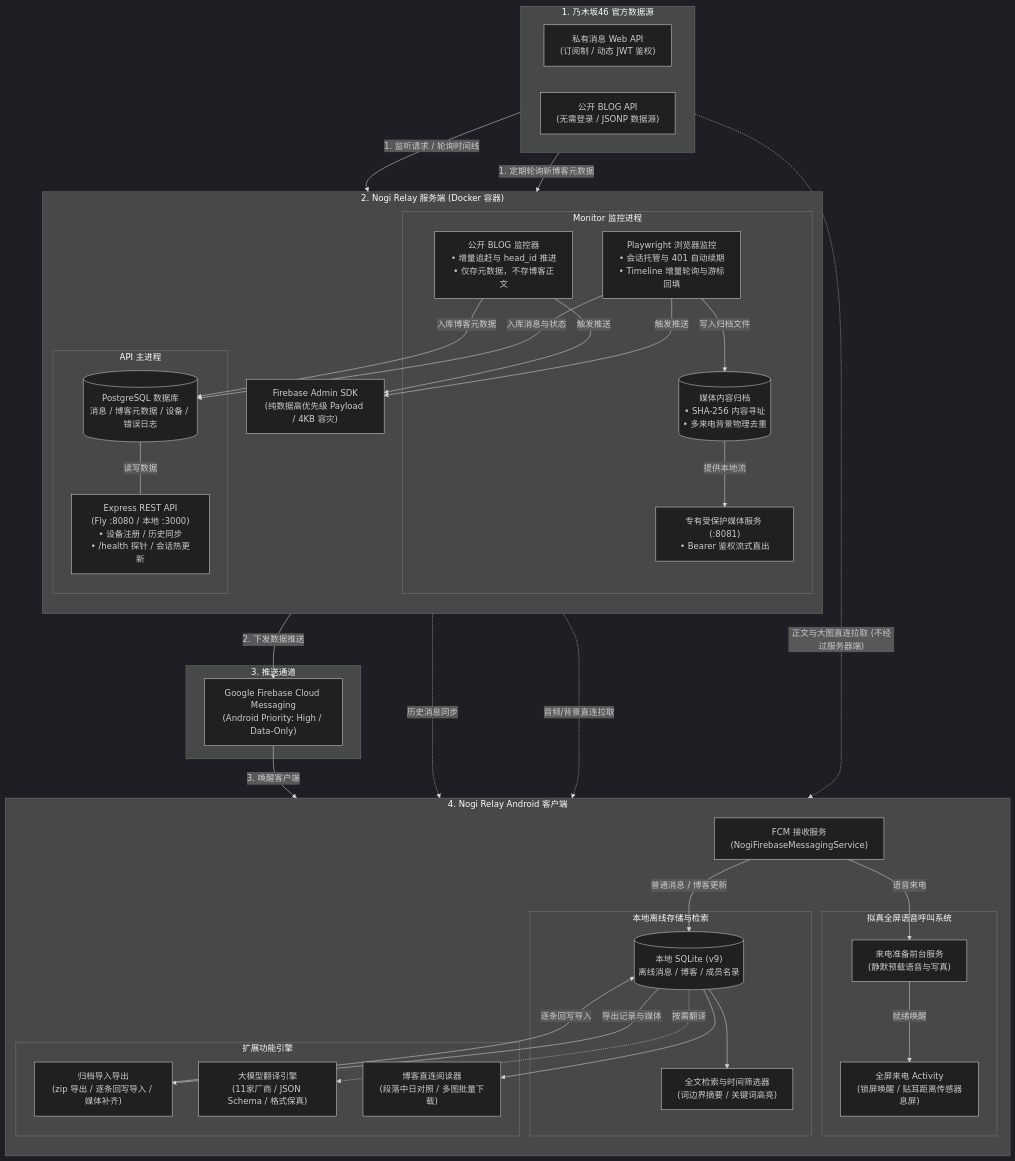
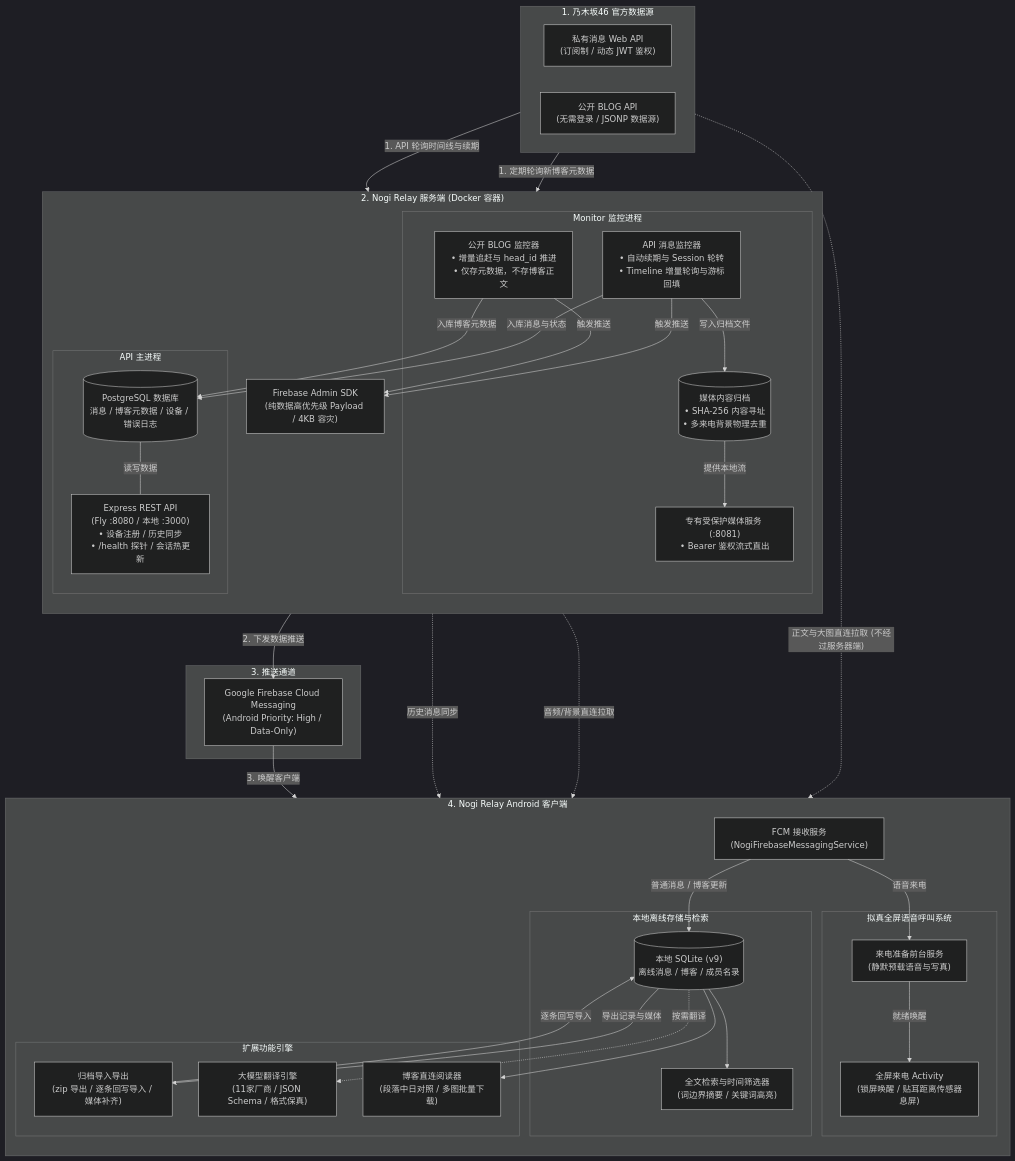
The first of 4 diagrams in DEVELOPMENT.md (jishin-namazu/Nogizaka46-Relay), drawn with Mermaid (dark theme) before and after one commit. The commit also changed other lines of this file and 14 other files, not shown here.

````diff
--- a/DEVELOPMENT.md
+++ b/DEVELOPMENT.md
@@ -52,80 +52,80 @@
 ```mermaid
 flowchart TD
     subgraph Sources["1. 乃木坂46 官方数据源"]
         direction LR
         NogiMsg["私有消息 Web API<br/>(订阅制 / 动态 JWT 鉴权)"]
         NogiBlog["公开 BLOG API<br/>(无需登录 / JSONP 数据源)"]
     end
 
     subgraph RelayServer["2. Nogi Relay 服务端 (Docker 容器)"]
         direction TB
         subgraph MonitorProc["Monitor 监控进程"]
-            Browser["Playwright 浏览器监控<br/>• 会话托管与 401 自动续期<br/>• Timeline 增量轮询与游标回填"]
+            Browser["API 消息监控器<br/>• 自动续期与 Session 轮转<br/>• Timeline 增量轮询与游标回填"]
             BlogMon["公开 BLOG 监控器<br/>• 增量追赶与 head_id 推进<br/>• 仅存元数据，不存博客正文"]
             MediaStore[("媒体内容归档<br/>• SHA-256 内容寻址<br/>• 多来电背景物理去重")]
             MediaSrv["专有受保护媒体服务 (:8081)<br/>• Bearer 鉴权流式直出"]
         end
 
         subgraph ApiProc["API 主进程"]
             RESTAPI["Express REST API<br/>(Fly :8080 / 本地 :3000)<br/>• 设备注册 / 历史同步<br/>• /health 探针 / 会话热更新"]
             DB[(PostgreSQL 数据库<br/>消息 / 博客元数据 / 设备 / 错误日志)]
         end
 
         FCMService["Firebase Admin SDK<br/>(纯数据高优先级 Payload / 4KB 容灾)"]
 
         Browser -->|"写入归档文件"| MediaStore
         MediaStore -->|"提供本地流"| MediaSrv
         Browser -->|"入库消息与状态"| DB
         BlogMon -->|"入库博客元数据"| DB
         DB ---|"读写数据"| RESTAPI
         Browser -->|"触发推送"| FCMService
         BlogMon -->|"触发推送"| FCMService
     end
 
     subgraph PushNetwork["3. 推送通道"]
         FCM["Google Firebase Cloud Messaging<br/>(Android Priority: High / Data-Only)"]
     end
 
     subgraph AndroidClient["4. Nogi Relay Android 客户端"]
         direction TB
         FCMReceiver["FCM 接收服务<br/>(NogiFirebaseMessagingService)"]
 
         subgraph InCallSys["拟真全屏语音呼叫系统"]
             PrepService["来电准备前台服务<br/>(静默预载语音与写真)"]
             CallActivity["全屏来电 Activity<br/>(锁屏唤醒 / 贴耳距离传感器息屏)"]
         end
 
         subgraph StorageSearch["本地离线存储与检索"]
             LocalDB[("本地 SQLite (v9)<br/>离线消息 / 博客 / 成员名录")]
             SearchEngine["全文检索与时间筛选器<br/>(词边界摘要 / 关键词高亮)"]
         end
 
         subgraph ExtEngines["扩展功能引擎"]
             BlogUI["博客直连阅读器<br/>(段落中日对照 / 多图批量下载)"]
             AITrans["大模型翻译引擎<br/>(11家厂商 / JSON Schema / 格式保真)"]
             Archive["归档导入导出<br/>(zip 导出 / 逐条回写导入 / 媒体补齐)"]
         end
 
         FCMReceiver -->|"语音来电"| PrepService
         PrepService -->|"就绪唤醒"| CallActivity
         FCMReceiver -->|"普通消息 / 博客更新"| LocalDB
         LocalDB --> SearchEngine
         LocalDB --> BlogUI
         LocalDB -.->|"按需翻译"| AITrans
         LocalDB -->|"导出记录与媒体"| Archive
         Archive -->|"逐条回写导入"| LocalDB
     end
 
     %% 主干链路 (从上至下平滑推进，避免交叉重叠)
-    NogiMsg -->|"1. 监听请求 / 轮询时间线"| Browser
+    NogiMsg -->|"1. API 轮询时间线与续期"| Browser
     NogiBlog -->|"1. 定期轮询新博客元数据"| BlogMon
     FCMService -->|"2. 下发数据推送"| FCM
     FCM -->|"3. 唤醒客户端"| FCMReceiver
 
     %% 客户端与服务端的补充同步链路 (从上层下发至客户端，顺向连接)
     RESTAPI -.->|"历史消息同步"| LocalDB
     MediaSrv -.->|"音频/背景直连拉取"| PrepService
 
     %% 客户端直连官网 (外侧顺向连接)
     NogiBlog -.->|"正文与大图直连拉取 (不经过服务器端)"| BlogUI
 ```
````
